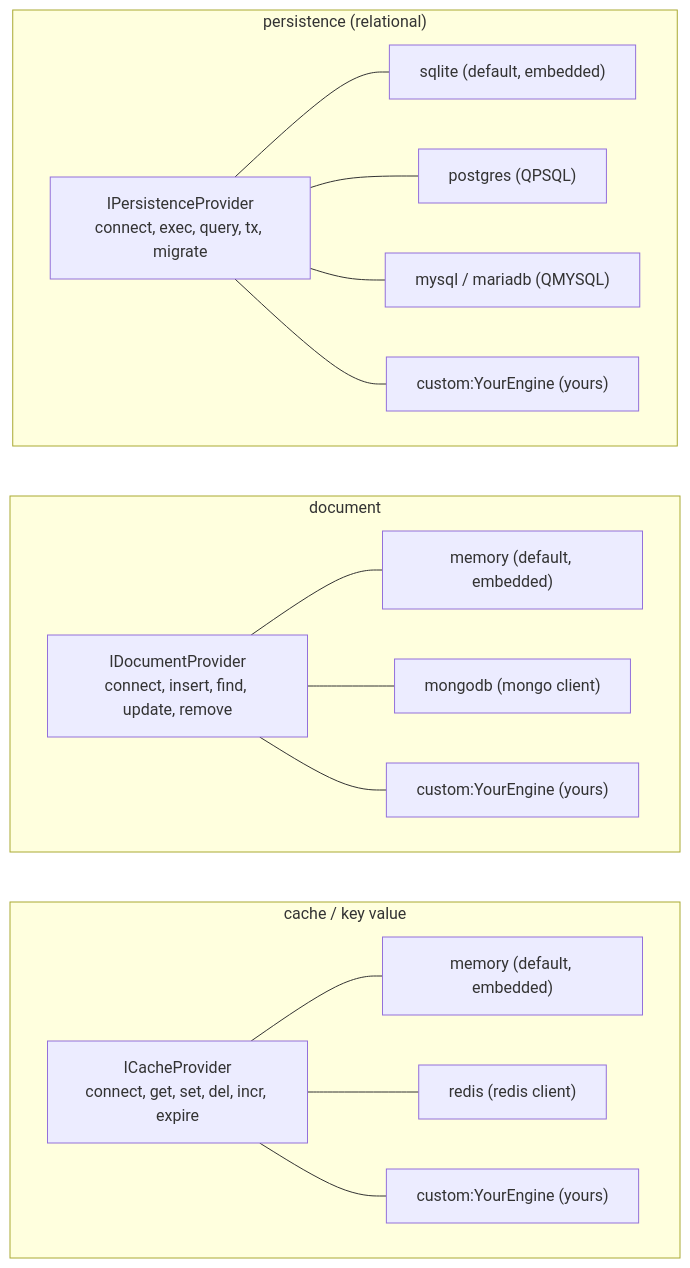
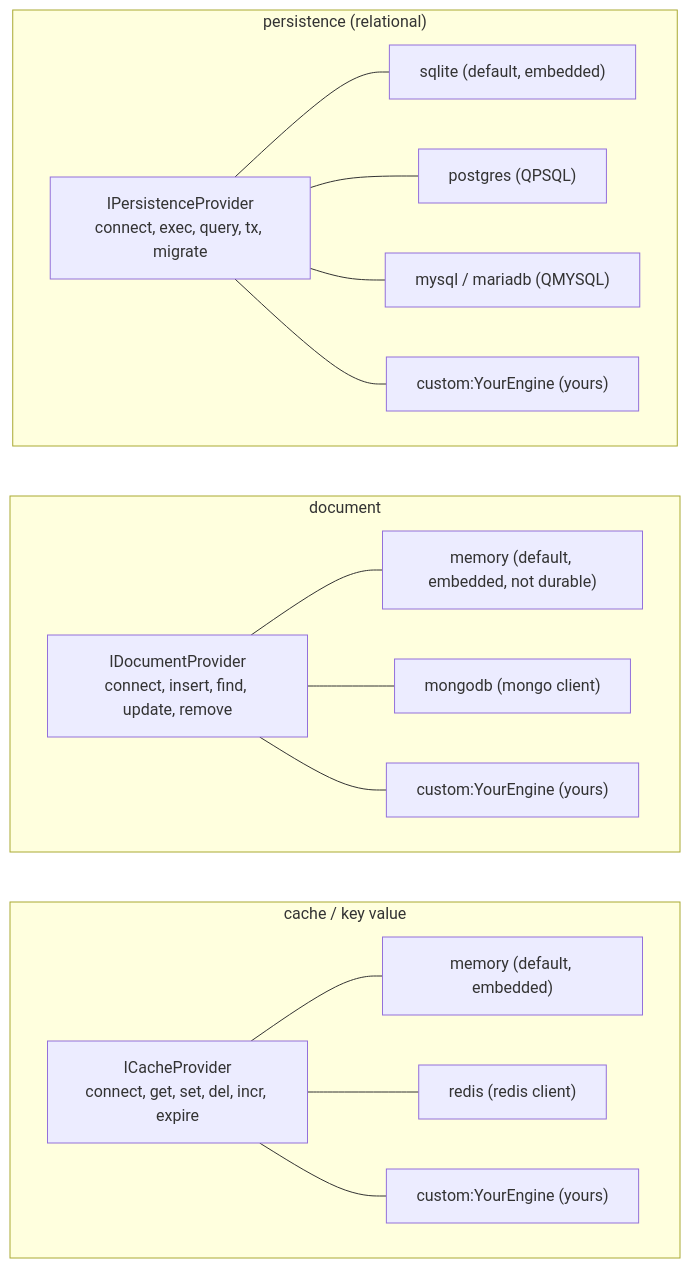
One commit to Kidev/SynQt changed the second of 3 diagrams in docs/providers.md. Above: the diagram before and after it, drawn with Mermaid. The commit also changed other lines of this file and 6 other files, not shown here.

````diff
--- a/docs/providers.md
+++ b/docs/providers.md
@@ -64,24 +64,24 @@
 ```mermaid
 flowchart TB
   subgraph fam1["persistence (relational)"]
     IP["IPersistenceProvider<br/>connect, exec, query, tx, migrate"]
     IP --- sqlite["sqlite (default, embedded)"]
     IP --- postgres["postgres (QPSQL)"]
     IP --- mysql["mysql / mariadb (QMYSQL)"]
     IP --- custom1["custom:YourEngine (yours)"]
   end
   subgraph fam2["document"]
     ID["IDocumentProvider<br/>connect, insert, find, update, remove"]
-    ID --- memdoc["memory (default, embedded)"]
+    ID --- memdoc["memory (default, embedded, not durable)"]
     ID --- mongodb["mongodb (mongo client)"]
     ID --- custom2["custom:YourEngine (yours)"]
   end
   subgraph fam3["cache / key value"]
     IC["ICacheProvider<br/>connect, get, set, del, incr, expire"]
     IC --- memory["memory (default, embedded)"]
     IC --- redis["redis (redis client)"]
     IC --- custom3["custom:YourEngine (yours)"]
   end
   fam1 ~~~ fam2
   fam2 ~~~ fam3
 ```
````
